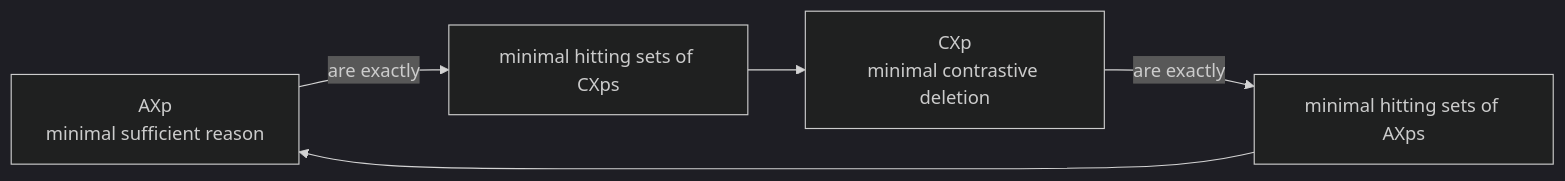
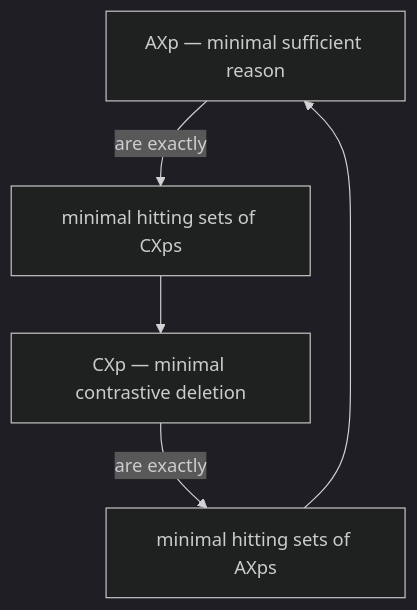
Before and after one commit to SandroHub013/reasonsmith: the diagram in docs/sufficient-reasons.md, drawn with Mermaid (dark theme). The commit also changed 9 other files, not shown here.

Commit message:
Fix Mermaid diagram legibility (#166)

````diff
--- a/docs/sufficient-reasons.md
+++ b/docs/sufficient-reasons.md
@@ -145,7 +145,7 @@
 ```mermaid
-flowchart LR
-    axp["AXp<br/>minimal sufficient reason"] -->|are exactly| hitcx["minimal hitting sets of CXps"]
-    cxp["CXp<br/>minimal contrastive deletion"] -->|are exactly| hitax["minimal hitting sets of AXps"]
+flowchart TB
+    axp["AXp — minimal sufficient reason"] -->|are exactly| hitcx["minimal hitting sets of CXps"]
+    cxp["CXp — minimal contrastive deletion"] -->|are exactly| hitax["minimal hitting sets of AXps"]
     hitcx --> cxp
     hitax --> axp
 ```
````
